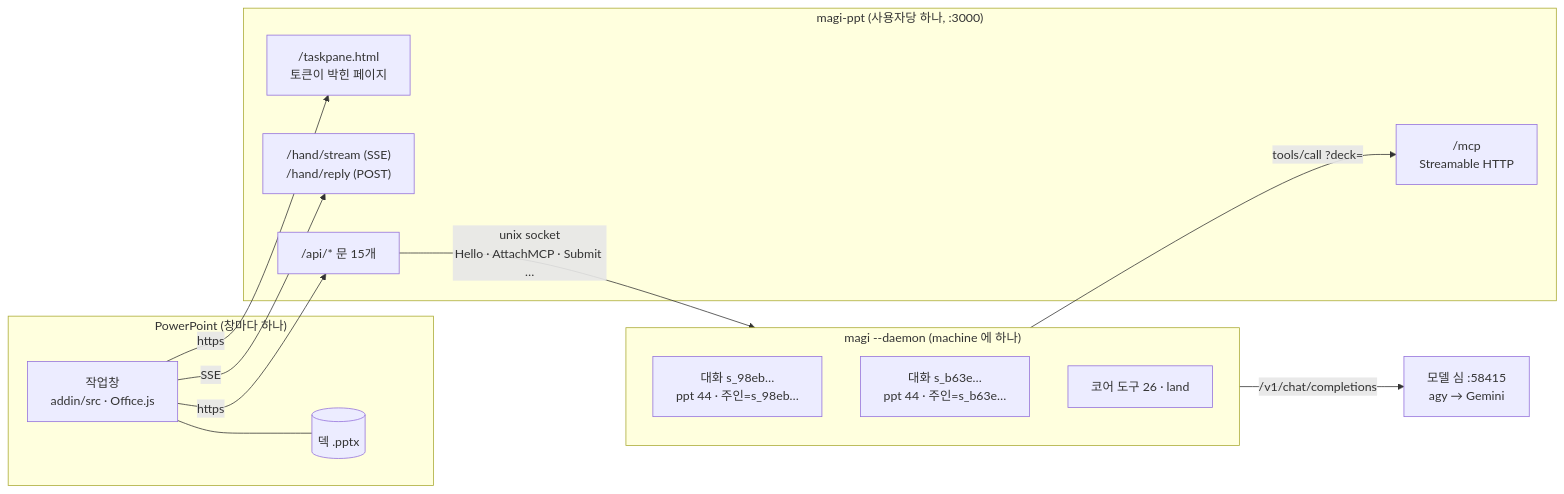
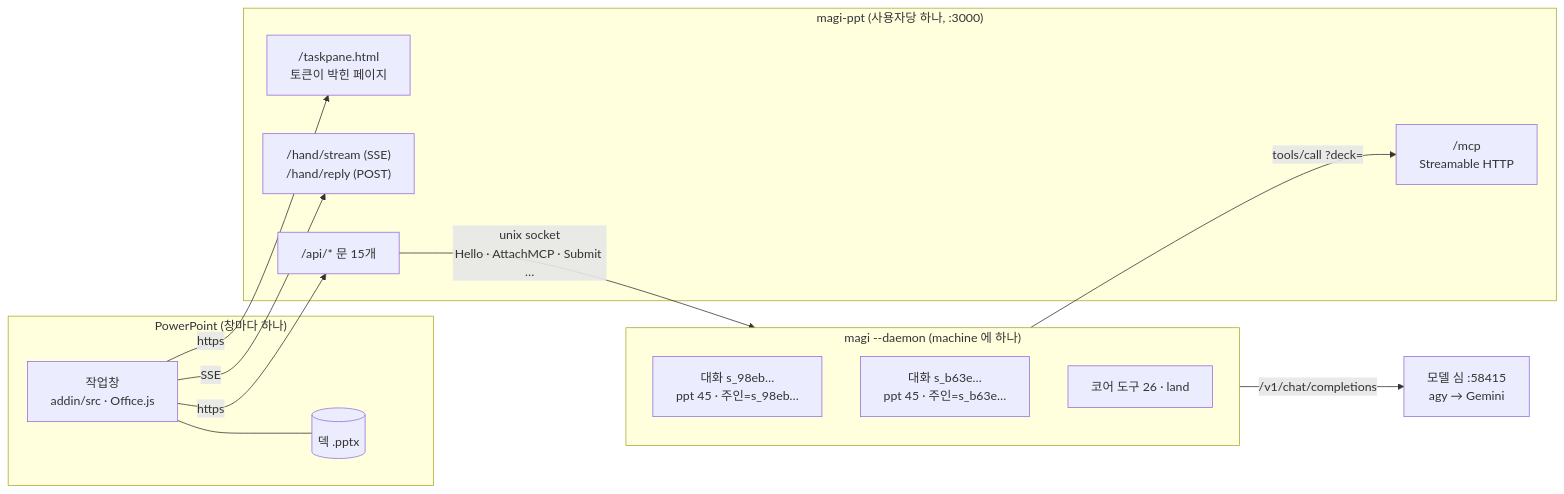
One commit to sayaya1090/magi changed the first of 7 diagrams in clients/powerpoint/docs/DIAGRAMS.ko.md. Above: the diagram before and after it, drawn with Mermaid. The commit also changed other lines of this file and 10 other files, not shown here.

````diff
--- a/clients/powerpoint/docs/DIAGRAMS.ko.md
+++ b/clients/powerpoint/docs/DIAGRAMS.ko.md
@@ -19,26 +19,26 @@
 ```mermaid
 flowchart LR
   subgraph PPT["PowerPoint (창마다 하나)"]
     Deck[(덱 .pptx)]
     Pane["작업창<br/>addin/src · Office.js"]
     Pane --- Deck
   end
   subgraph Helper["magi-ppt (사용자당 하나, :3000)"]
     Page["/taskpane.html<br/>토큰이 박힌 페이지"]
     Hand["/hand/stream (SSE)<br/>/hand/reply (POST)"]
     API["/api/* 문 15개"]
     MCP["/mcp<br/>Streamable HTTP"]
   end
   subgraph Daemon["magi --daemon (machine 에 하나)"]
-    S1["대화 s_98eb…<br/>ppt 44 · 주인=s_98eb…"]
-    S2["대화 s_b63e…<br/>ppt 44 · 주인=s_b63e…"]
+    S1["대화 s_98eb…<br/>ppt 45 · 주인=s_98eb…"]
+    S2["대화 s_b63e…<br/>ppt 45 · 주인=s_b63e…"]
     Core["코어 도구 26 · land"]
   end
   Shim["모델 심 :58415<br/>agy → Gemini"]
   Pane -- https --> Page
   Pane -- SSE --> Hand
   Pane -- https --> API
   API -- "unix socket<br/>Hello · AttachMCP · Submit …" --> Daemon
   Daemon -- "tools/call ?deck=" --> MCP
   Daemon -- "/v1/chat/completions" --> Shim
 ```
````
